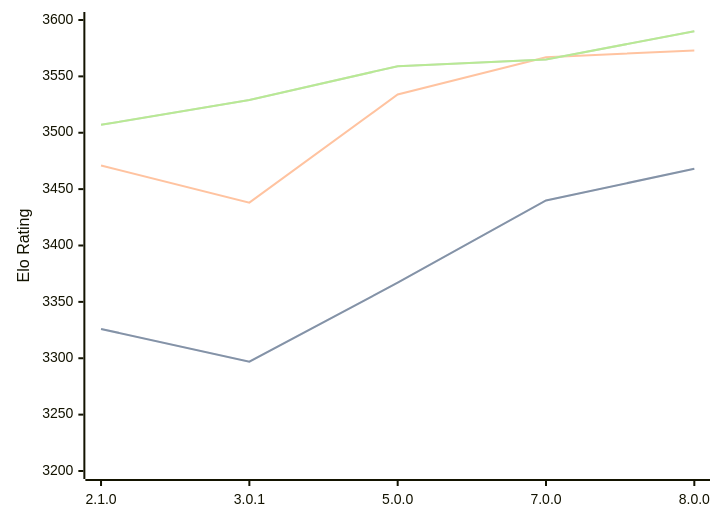
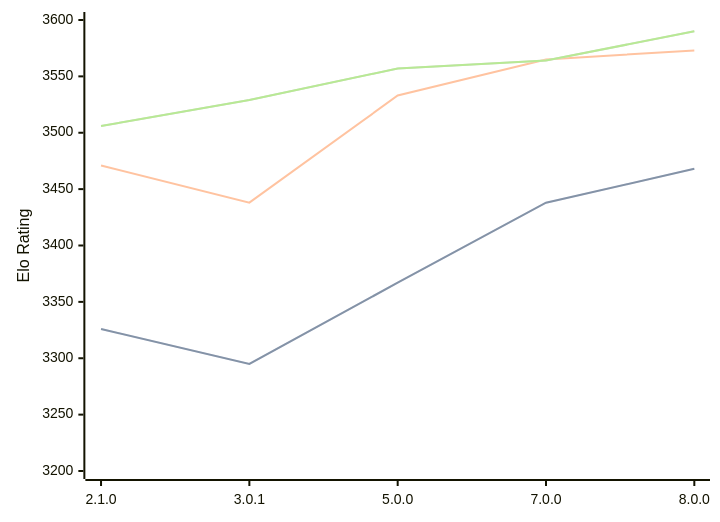
The diagram in engines/PlentyChess.md (computer-chess-index/cci), drawn with Mermaid before and after one commit. The commit also changed other lines of this file, not shown here.

Commit message:
Update CCI Ratings (ELO VLTC) - 2026-09-01

````diff
--- a/engines/PlentyChess.md
+++ b/engines/PlentyChess.md
@@ -37,11 +37,11 @@
 ```mermaid
 %%{init: {"theme":"base","themeVariables":{"seriesColors:['#a3a3a3','#222221','#faa371']}}}%%
 xychart-beta
   x-axis ["2.1.0", "3.0.1", "5.0.0", "7.0.0", "8.0.0"]
   y-axis "Elo Rating" 3200 --> 3600
-  line "" [3326, 3297, 3367, 3440, 3468]
-  line "STC (8.0+0.08s)" [3326, 3297, 3367, 3440, 3468]
-  line "LTC (60.0+0.60s)" [3471, 3438, 3534, 3567, 3573]
-  line "" [3507, 3529, 3559, 3565, 3590]
-  line "VLTC (2m24s+1.12s)" [3507, 3529, 3559, 3565, 3590]
+  line "" [3326, 3295, 3367, 3438, 3468]
+  line "STC (8.0+0.08s)" [3326, 3295, 3367, 3438, 3468]
+  line "LTC (60.0+0.60s)" [3471, 3438, 3533, 3565, 3573]
+  line "" [3506, 3529, 3557, 3564, 3590]
+  line "VLTC (2m24s+1.12s)" [3506, 3529, 3557, 3564, 3590]
 ```
````
